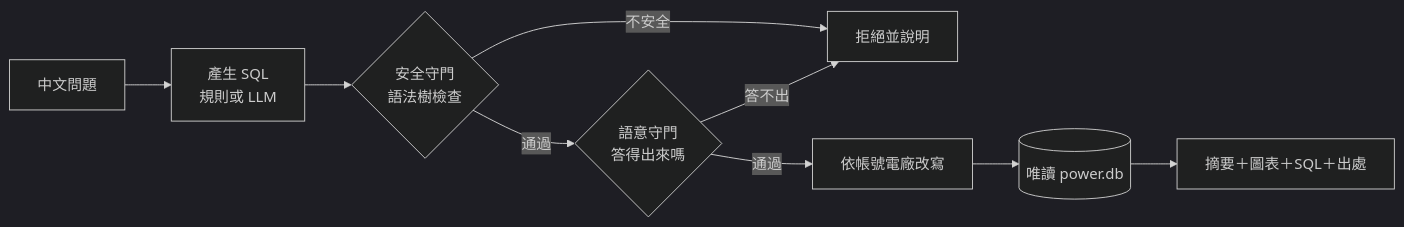
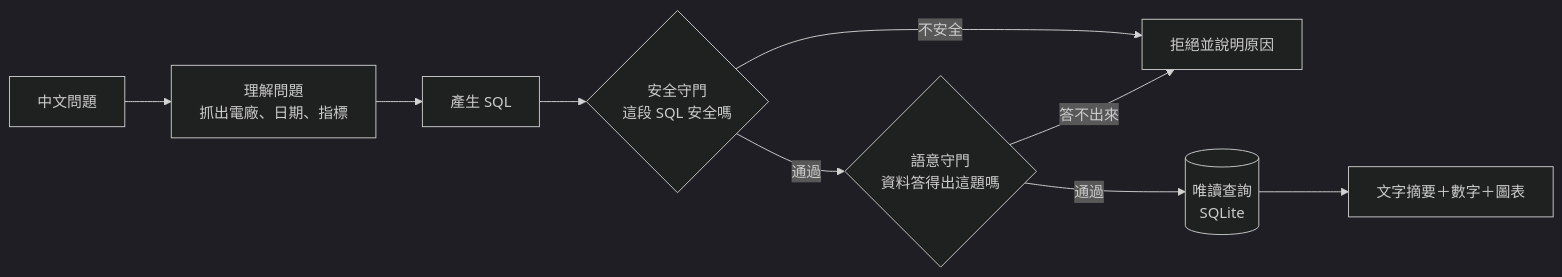
One commit to lee851104/text2sql_project changed the diagram in README.md. Above: the diagram before and after it, drawn with Mermaid (dark theme). The commit also changed other lines of this file and 108 other files, not shown here.

````diff
--- a/README.md
+++ b/README.md
@@ -39,10 +104,11 @@
 ```mermaid
 flowchart LR
-    Q[中文問題] --> S[產生 SQL<br/>規則或 LLM]
-    S --> G1{安全守門<br/>語法樹檢查}
-    G1 -- 不安全 --> X[拒絕並說明]
-    G1 -- 通過 --> G2{語意守門<br/>答得出來嗎}
-    G2 -- 答不出 --> X
-    G2 -- 通過 --> P[依帳號電廠改寫]
-    P --> DB[(唯讀 power.db)] --> A[摘要＋圖表＋SQL＋出處]
+    Q[中文問題] --> U[理解問題<br/>抓出電廠、日期、指標]
+    U --> S[產生 SQL]
+    S --> G1{安全守門<br/>這段 SQL 安全嗎}
+    G1 -- 不安全 --> X[拒絕並說明原因]
+    G1 -- 通過 --> G2{語意守門<br/>資料答得出這題嗎}
+    G2 -- 答不出來 --> X
+    G2 -- 通過 --> DB[(唯讀查詢<br/>SQLite)]
+    DB --> A[文字摘要＋數字＋圖表]
 ```
````
